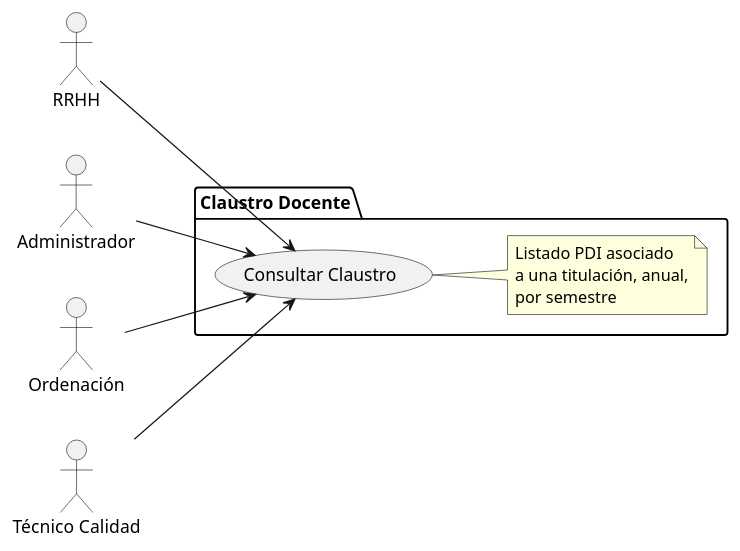
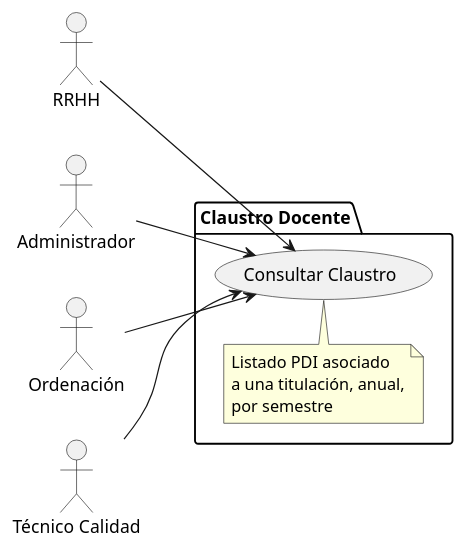
The diagram in modelosUML/CdU/Individuales/ClaustroDocente.puml (mmasias/24-25-IdSw1-SDR), drawn with PlantUML before and after one commit. The commit also changed 31 other files, not shown here.

Commit message:
ajustes de proporcion en diagramas

```diff
--- a/modelosUML/CdU/Individuales/ClaustroDocente.puml
+++ b/modelosUML/CdU/Individuales/ClaustroDocente.puml
@@ -1,22 +1,22 @@
 @startuml
 left to right direction
 
 actor "RRHH" as rrhh
 actor "Administrador" as admin
 actor "Ordenación" as ord
 actor "Técnico Calidad" as tec
 
 package "Claustro Docente" as claustroPackage {
     usecase "Consultar Claustro" as consClaustro
-    note right of consClaustro
+    note top of consClaustro
         Listado PDI asociado
         a una titulación, anual,
         por semestre
     end note
 }
 
 rrhh --> consClaustro
 admin --> consClaustro
 ord --> consClaustro
 tec --> consClaustro
 @enduml
```
